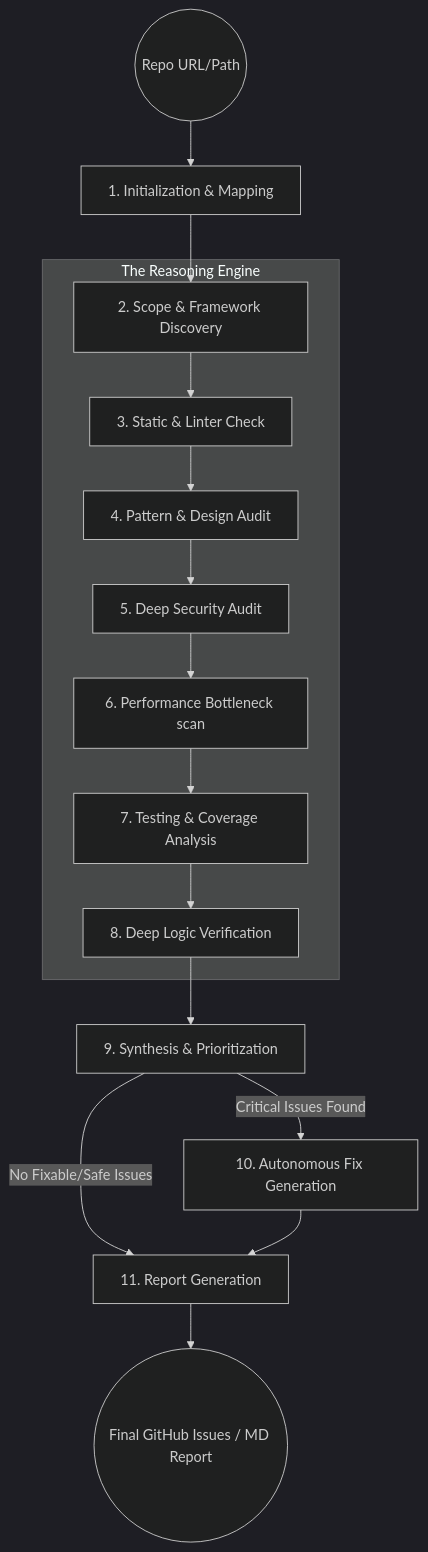
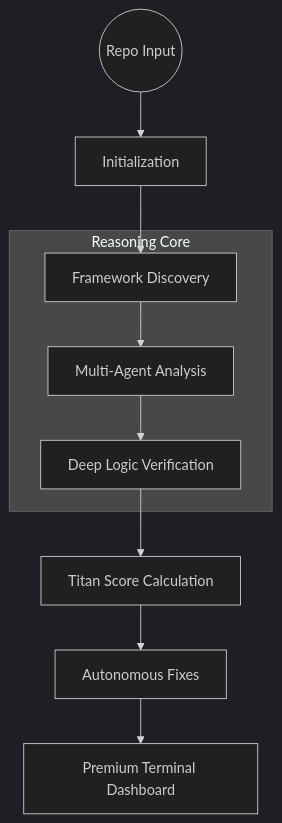
One commit to daniellopez882/Cognitive-Code-Architect-Debugging-Agent changed the diagram in README.md. Above: the diagram before and after it, drawn with Mermaid (dark theme). The commit also changed other lines of this file, not shown here.

````diff
--- a/README.md
+++ b/README.md
@@ -67,22 +53,14 @@
 ```mermaid
 graph TD
-    Start((Repo URL/Path)) --> Init[1. Initialization & Mapping]
-    Init --> Scope[2. Scope & Framework Discovery]
+    Start((Repo Input)) --> Init[Initialization]
+    Init --> Scope[Framework Discovery]
     
-    subgraph "The Reasoning Engine"
-    Scope --> Static[3. Static & Linter Check]
-    Static --> Pattern[4. Pattern & Design Audit]
-    Pattern --> Security[5. Deep Security Audit]
-    Security --> Perform[6. Performance Bottleneck scan]
-    Perform --> Testing[7. Testing & Coverage Analysis]
-    Testing --> Logic[8. Deep Logic Verification]
+    subgraph "Reasoning Core"
+    Scope --> Analysis[Multi-Agent Analysis]
+    Analysis --> Logic[Deep Logic Verification]
     end
     
-    Logic --> Synth[9. Synthesis & Prioritization]
-    
-    Synth -- Critical Issues Found --> Fix[10. Autonomous Fix Generation]
-    Synth -- "No Fixable/Safe Issues" --> Report[11. Report Generation]
-    
-    Fix --> Report
-    Report --> End((Final GitHub Issues / MD Report))
+    Logic --> Score[Titan Score Calculation]
+    Score --> Fix[Autonomous Fixes]
+    Fix --> Report[Premium Terminal Dashboard]
 ```
````
